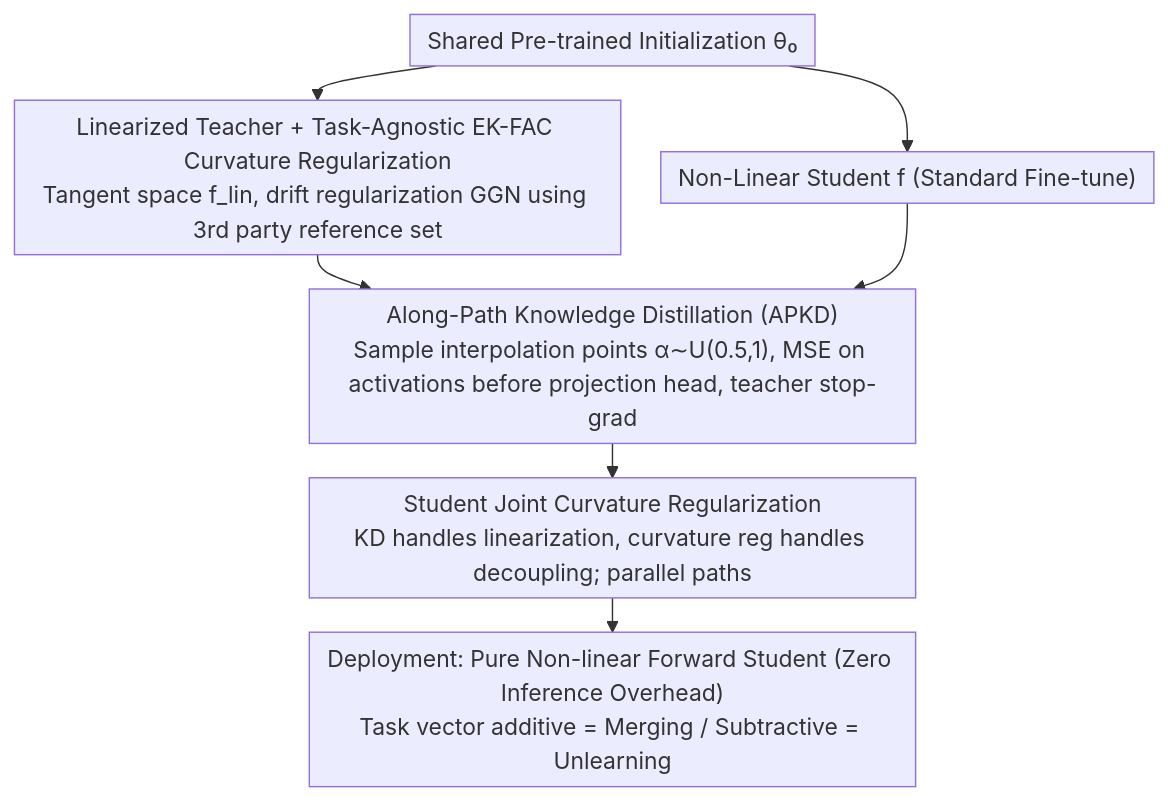
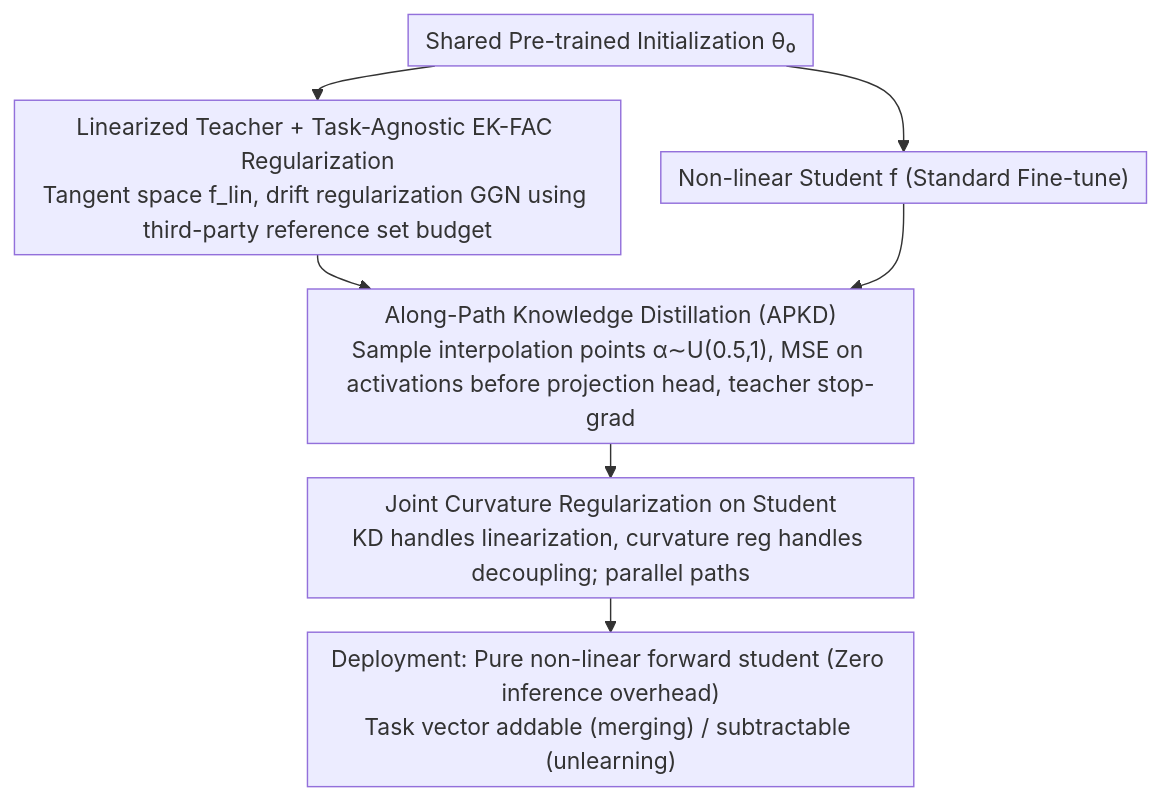
One commit to zhaoyang97/Paper-Notes-en changed the diagram in docs/ICML2026/optimization/distilling_linearized_behavior_into_non-linear_fine-tuning_for_effective_task_ar.md. Above: the diagram before and after it, drawn with Mermaid. The commit also changed other lines of this file and 5084 other files, not shown here.

````diff
--- a/docs/ICML2026/optimization/distilling_linearized_behavior_into_non-linear_fine-tuning_for_effective_task_ar.md
+++ b/docs/ICML2026/optimization/distilling_linearized_behavior_into_non-linear_fine-tuning_for_effective_task_ar.md
@@ -47,11 +47,11 @@
 ```mermaid
 %%{init: {'flowchart': {'rankSpacing': 24, 'nodeSpacing': 28, 'padding': 6, 'wrappingWidth': 400}}}%%
 flowchart TD
     A["Shared Pre-trained Initialization θ₀"]
-    A --> B["Linearized Teacher + Task-Agnostic EK-FAC Curvature Regularization<br/>Tangent space f_lin, drift regularization GGN using 3rd party reference set"]
-    A --> C["Non-Linear Student f (Standard Fine-tune)"]
+    A --> B["Linearized Teacher + Task-Agnostic EK-FAC Regularization<br/>Tangent space f_lin, drift regularization GGN using third-party reference set budget"]
+    A --> C["Non-linear Student f (Standard Fine-tune)"]
     B --> D["Along-Path Knowledge Distillation (APKD)<br/>Sample interpolation points α∼U(0.5,1), MSE on activations before projection head, teacher stop-grad"]
     C --> D
-    D --> E["Student Joint Curvature Regularization<br/>KD handles linearization, curvature reg handles decoupling; parallel paths"]
-    E --> F["Deployment: Pure Non-linear Forward Student (Zero Inference Overhead)<br/>Task vector additive = Merging / Subtractive = Unlearning"]
+    D --> E["Joint Curvature Regularization on Student<br/>KD handles linearization, curvature reg handles decoupling; parallel paths"]
+    E --> F["Deployment: Pure non-linear forward student (Zero inference overhead)<br/>Task vector addable (merging) / subtractable (unlearning)"]
 ```
````
